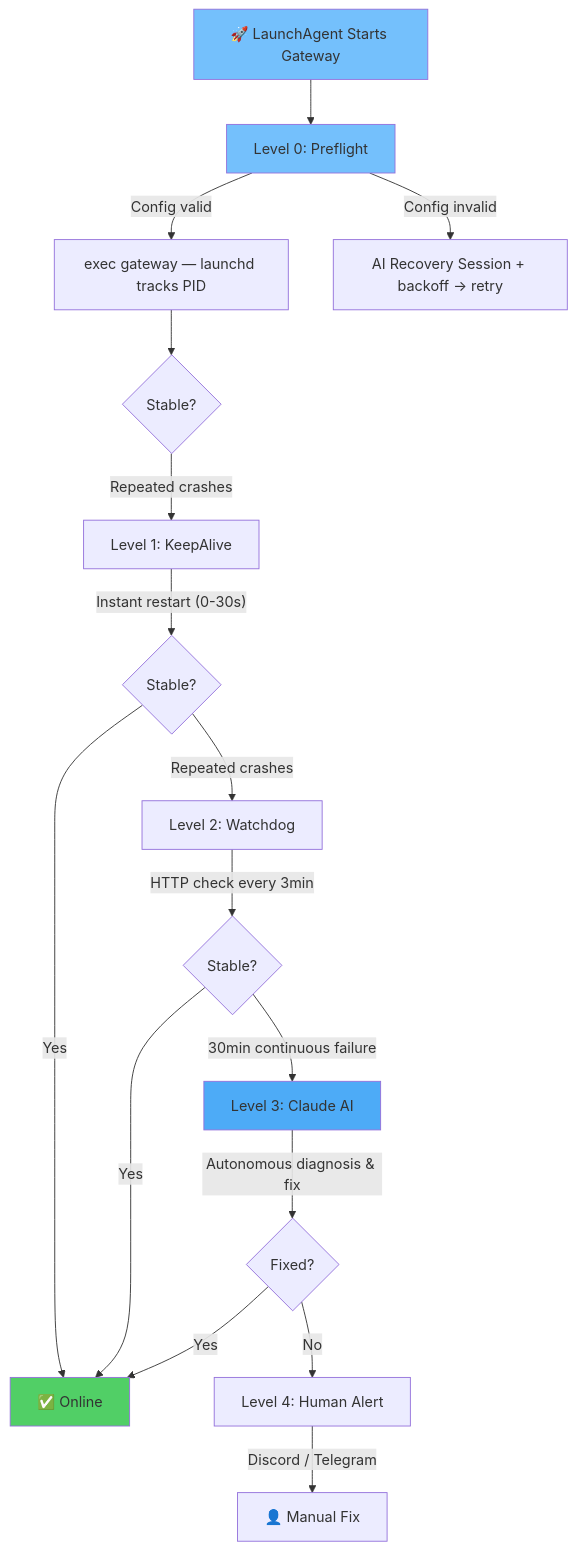
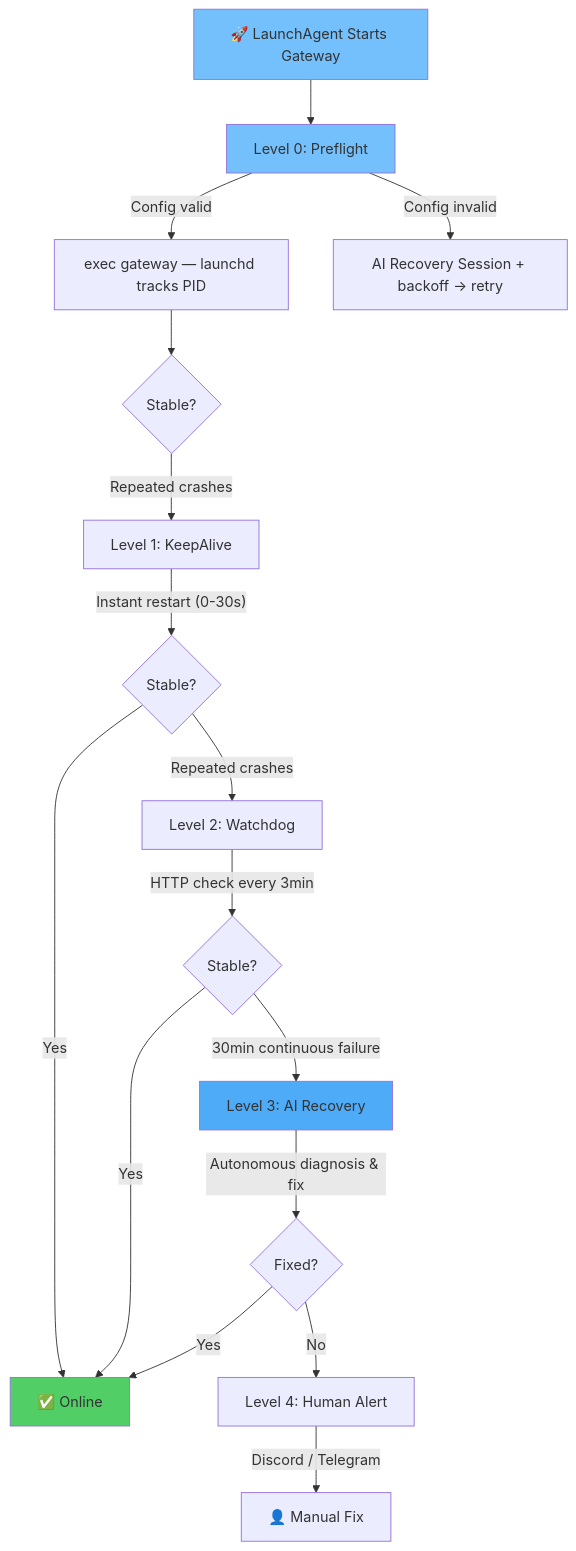
Before and after one commit to Ramsbaby/openclaw-self-healing: the diagram in README.md, drawn with Mermaid. The commit also changed other lines of this file and 2 other files, not shown here.

First line of the commit message:
feat: LLM-agnostic recovery layer (v3.3) — Claude, GPT-4, Gemini, Ollama

````diff
--- a/README.md
+++ b/README.md
@@ -99,23 +100,23 @@
 ```mermaid
 graph TD
     A[🚀 LaunchAgent Starts Gateway] --> B[Level 0: Preflight]
     B -->|"Config valid"| C[exec gateway — launchd tracks PID]
     B -->|"Config invalid"| D[AI Recovery Session + backoff → retry]
     C --> E{Stable?}
     E -->|Repeated crashes| F[Level 1: KeepAlive]
     F -->|"Instant restart (0-30s)"| G{Stable?}
     G -->|Yes| Z[✅ Online]
     G -->|Repeated crashes| H[Level 2: Watchdog]
     H -->|"HTTP check every 3min"| I{Stable?}
     I -->|Yes| Z
-    I -->|"30min continuous failure"| J[Level 3: Claude AI]
+    I -->|"30min continuous failure"| J[Level 3: AI Recovery]
     J -->|"Autonomous diagnosis & fix"| K{Fixed?}
     K -->|Yes| Z
     K -->|No| L[Level 4: Human Alert]
     L -->|"Discord / Telegram"| M[👤 Manual Fix]
 
     style A fill:#74c0fc
     style B fill:#74c0fc
     style Z fill:#51cf66
     style J fill:#4dabf7
 ```
````
